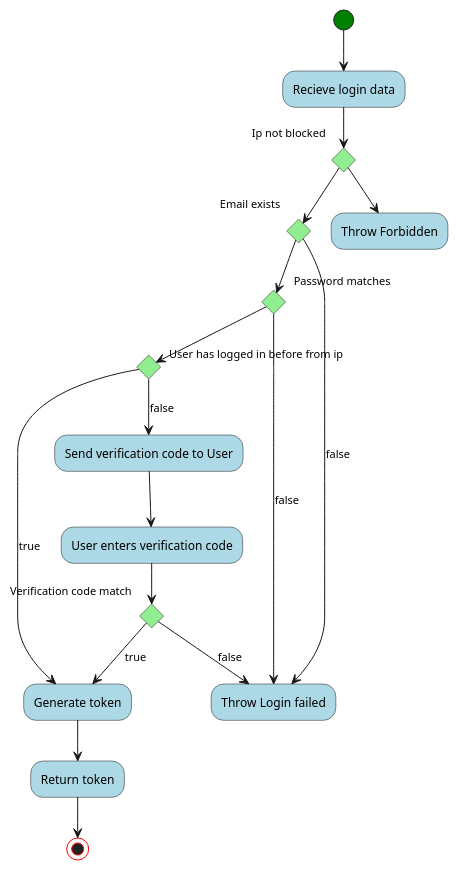
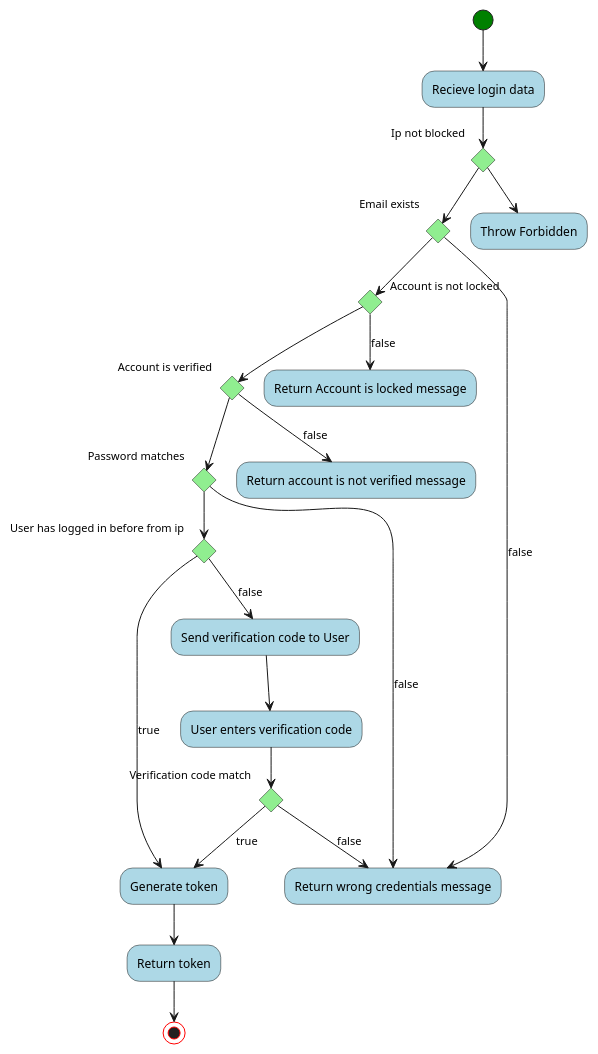
The diagram in Docs/FlowCharts/LoginFlowChart.plantuml (blackout1471/trust-us-school), drawn with PlantUML before and after one commit. The commit also changed 33 other files, not shown here.

```diff
--- a/Docs/FlowCharts/LoginFlowChart.plantuml
+++ b/Docs/FlowCharts/LoginFlowChart.plantuml
@@ -1,40 +1,48 @@
 @startuml Login Flowchart
 
 skinparam activity {
     BackgroundColor lightblue
     
     StartColor green
     EndColor red
     
     diamondBackgroundColor lightgreen
 }
 
 (*) --> "Recieve login data"
 
 if "Ip not blocked" then
     if "Email exists" then
-        if "Password matches" then
-            if "User has logged in before from ip" then
-                -->[true] "Generate token"
-                --> "Return token"
-                --> (*)
+        if "Account is not locked" then
+            if "Account is verified" then
+                if "Password matches" then
+                    if "User has logged in before from ip" then
+                        -->[true] "Generate token"
+                        --> "Return token"
+                        --> (*)
+                    else
+                        -->[false] Send verification code to User
+                        --> User enters verification code
+                        if "Verification code match" then
+                        -->[true] "Generate token"
+                        else
+                        -->[false] "Return wrong credentials message"
+                        end if
+                    end if 
+                else
+                    -->[false] "Return wrong credentials message"
+                end if
             else
-                -->[false] Send verification code to User
-                --> User enters verification code
-                if "Verification code match" then
-                -->[true] "Generate token"
-                else
-                -->[false] "Throw Login failed"
-                end if
-            end if 
+                -->[false] "Return account is not verified message"
+            end if
         else
-            -->[false] "Throw Login failed"
+            -->[false] "Return Account is locked message"
         end if
     else
-      -->[false] "Throw Login failed"
+      -->[false] "Return wrong credentials message"
 
     end if 
 else 
  --> "Throw Forbidden"
 end if
 @enduml
```
